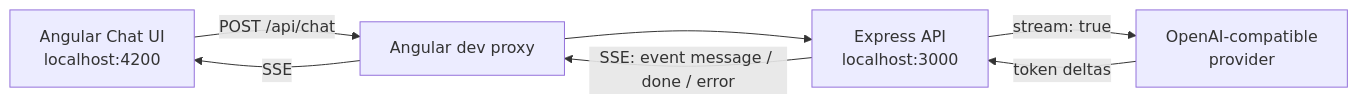
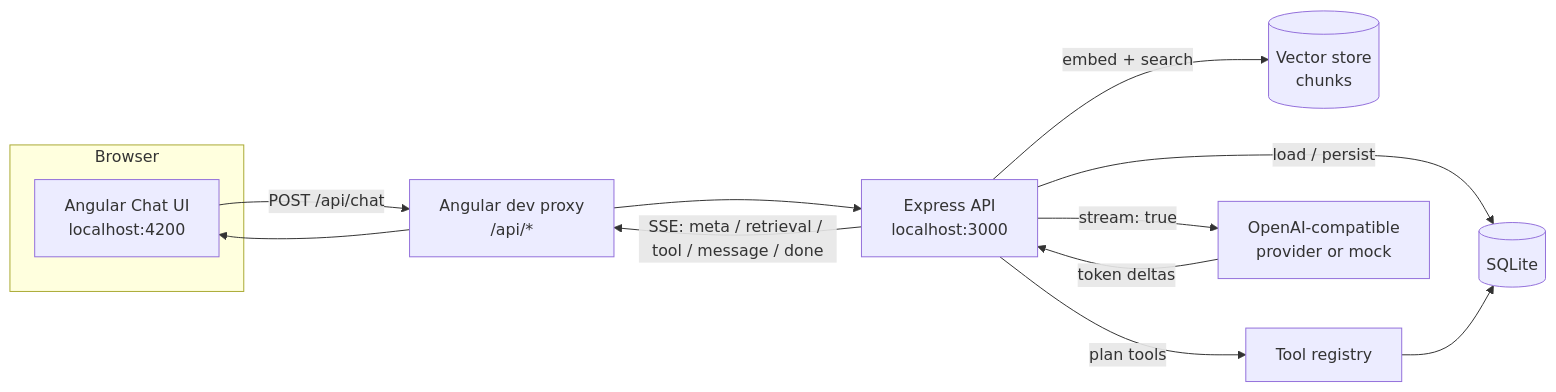
Before and after one commit to srivastavaanurag79/angular-conversational-ai: the diagram in README.md, drawn with Mermaid. The commit also changed other lines of this file and 47 other files, not shown here.

Commit message:
Add auth, SQLite persistence, RAG, tool calling, observability, and full workspace UI

````diff
--- a/README.md
+++ b/README.md
@@ -29,9 +68,19 @@
 ```mermaid
 flowchart LR
-  A[Angular Chat UI<br/>localhost:4200] -->|POST /api/chat| B[Angular dev proxy]
-  B --> C[Express API<br/>localhost:3000]
-  C -->|stream: true| D[OpenAI-compatible<br/>provider]
-  D -->|token deltas| C
-  C -->|SSE: event message / done / error| B
-  B -->|SSE| A
+  subgraph Browser
+    A[Angular Chat UI<br/>localhost:4200]
+  end
+
+  A -->|POST /api/chat| P[Angular dev proxy<br/>/api/*]
+  P --> B[Express API<br/>localhost:3000]
+
+  B -->|load / persist| DB[(SQLite)]
+  B -->|embed + search| V[(Vector store<br/>chunks)]
+  B -->|plan tools| T[Tool registry]
+  T --> DB
+
+  B -->|stream: true| L[OpenAI-compatible<br/>provider or mock]
+  L -->|token deltas| B
+  B -->|SSE: meta / retrieval / tool / message / done| P
+  P --> A
 ```
````
